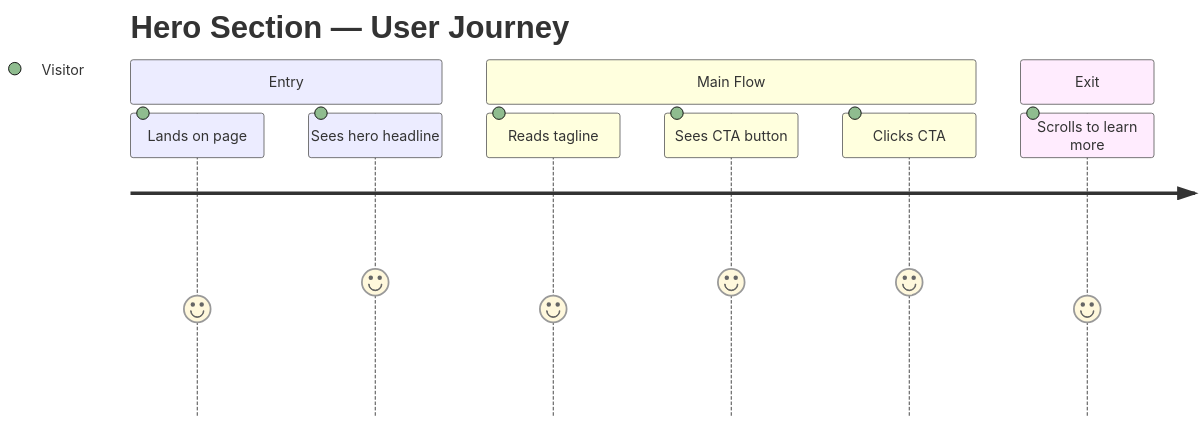
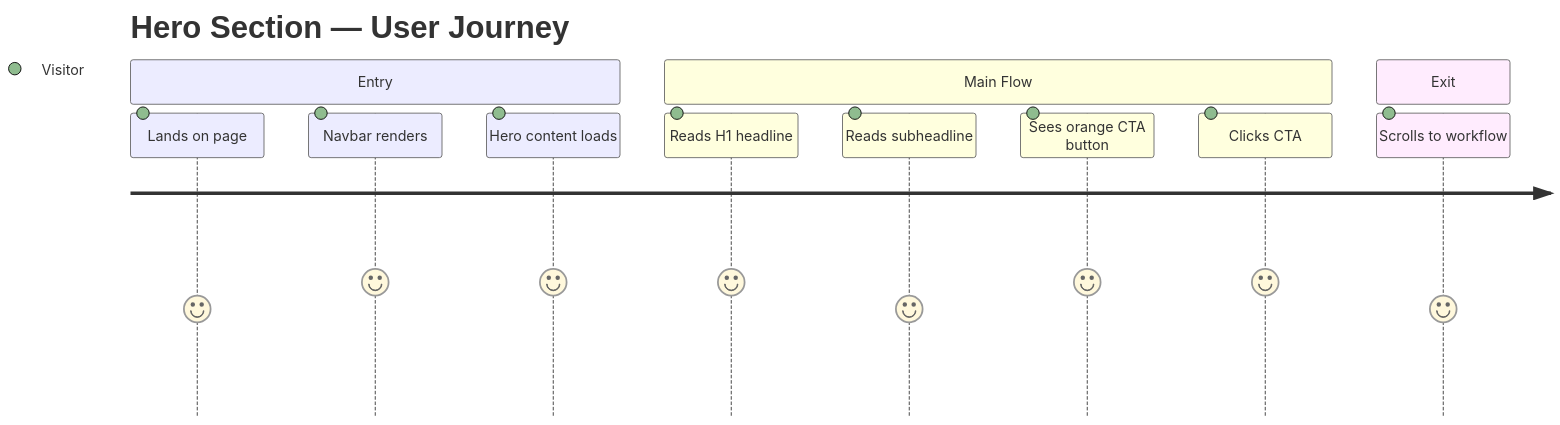
Before and after one commit to Maximumsoft-Co-LTD/claude-foundation-template: the first of 2 diagrams in docs/sprints/sprint-01/task-002/task-002-frontend.md, drawn with Mermaid. The commit also changed other lines of this file and 4 other files, not shown here.

````diff
--- a/docs/sprints/sprint-01/task-002/task-002-frontend.md
+++ b/docs/sprints/sprint-01/task-002/task-002-frontend.md
@@ -20,13 +50,15 @@
 ```mermaid
 journey
     title Hero Section — User Journey
     section Entry
         Lands on page          : 4 : Visitor
-        Sees hero headline     : 5 : Visitor
+        Navbar renders         : 5 : Visitor
+        Hero content loads     : 5 : Visitor
     section Main Flow
-        Reads tagline          : 4 : Visitor
-        Sees CTA button        : 5 : Visitor
+        Reads H1 headline      : 5 : Visitor
+        Reads subheadline      : 4 : Visitor
+        Sees orange CTA button : 5 : Visitor
         Clicks CTA             : 5 : Visitor
     section Exit
-        Scrolls to learn more  : 4 : Visitor
+        Scrolls to workflow    : 4 : Visitor
 ```
````
